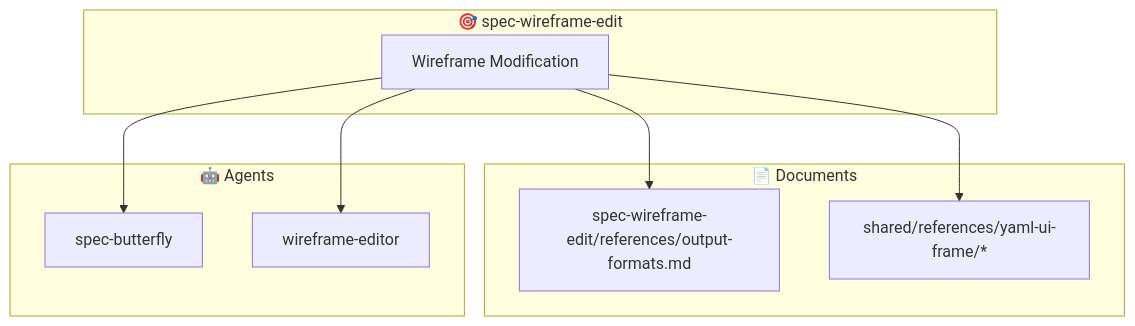
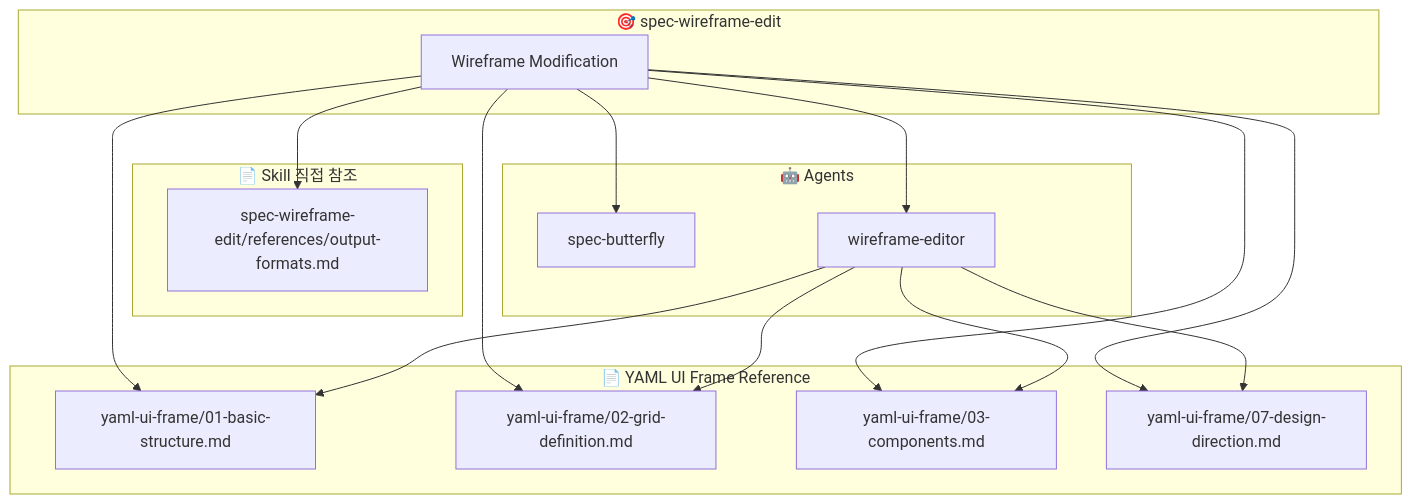
The ninth of 14 diagrams in docs/SKILL_AGENT_REFERENCE_MAP.md (30eggis/spec-it), drawn with Mermaid before and after one commit. The commit also changed other lines of this file, not shown here.

First line of the commit message:
Update Skill/Agent reference map with full document chains

````diff
--- a/docs/SKILL_AGENT_REFERENCE_MAP.md
+++ b/docs/SKILL_AGENT_REFERENCE_MAP.md
@@ -353,21 +410,27 @@
 ```mermaid
 flowchart TB
-    subgraph skill_wf["🎯 spec-wireframe-edit"]
+    subgraph SKILL["🎯 spec-wireframe-edit"]
         S1[Wireframe Modification]
     end
 
-    subgraph docs_wf["📄 Documents"]
-        D1[spec-wireframe-edit/references/output-formats.md]
-        D2[shared/references/yaml-ui-frame/*]
+    subgraph SKILL_DOCS["📄 Skill 직접 참조"]
+        SD1[spec-wireframe-edit/references/output-formats.md]
     end
 
-    subgraph agents_wf["🤖 Agents"]
+    subgraph REF_DOCS["📄 YAML UI Frame Reference"]
+        RD1[yaml-ui-frame/01-basic-structure.md]
+        RD2[yaml-ui-frame/02-grid-definition.md]
+        RD3[yaml-ui-frame/03-components.md]
+        RD4[yaml-ui-frame/07-design-direction.md]
+    end
+
+    subgraph AGENTS["🤖 Agents"]
         A1[spec-butterfly]
         A2[wireframe-editor]
     end
 
-    S1 --> D1
-    S1 --> D2
-    S1 --> A1
-    S1 --> A2
+    S1 --> SD1
+    S1 --> RD1 & RD2 & RD3 & RD4
+    S1 --> A1 & A2
+    A2 --> RD1 & RD2 & RD3 & RD4
 ```
````
